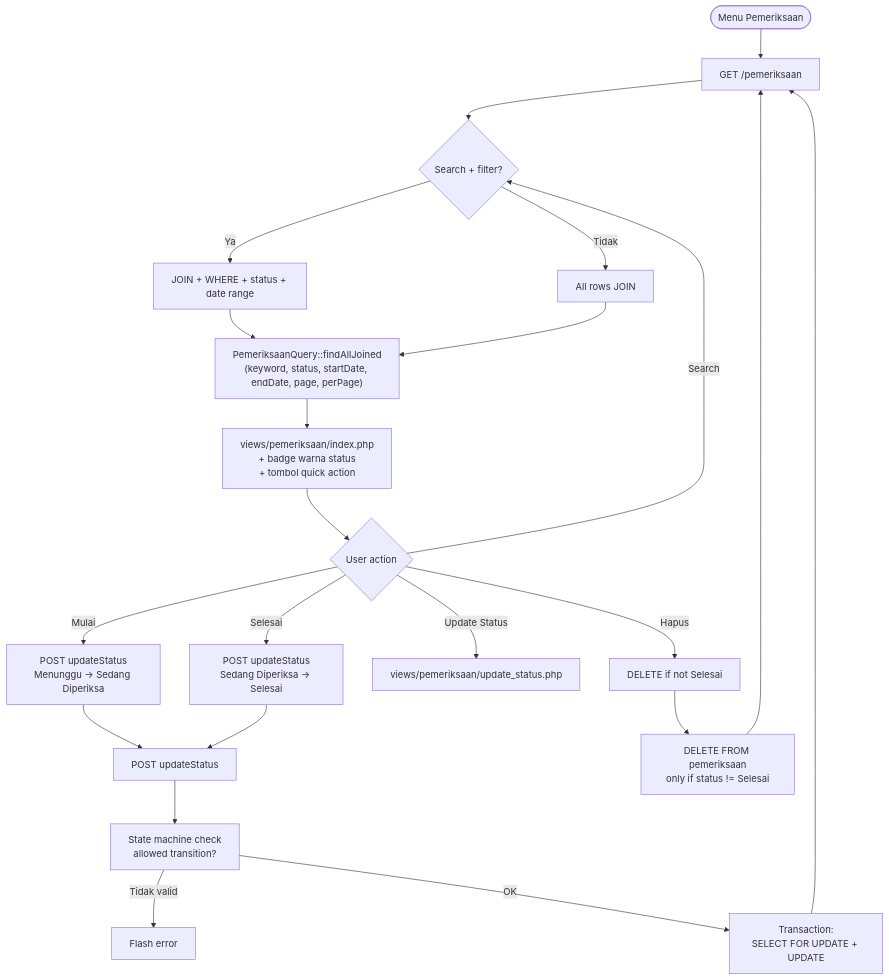
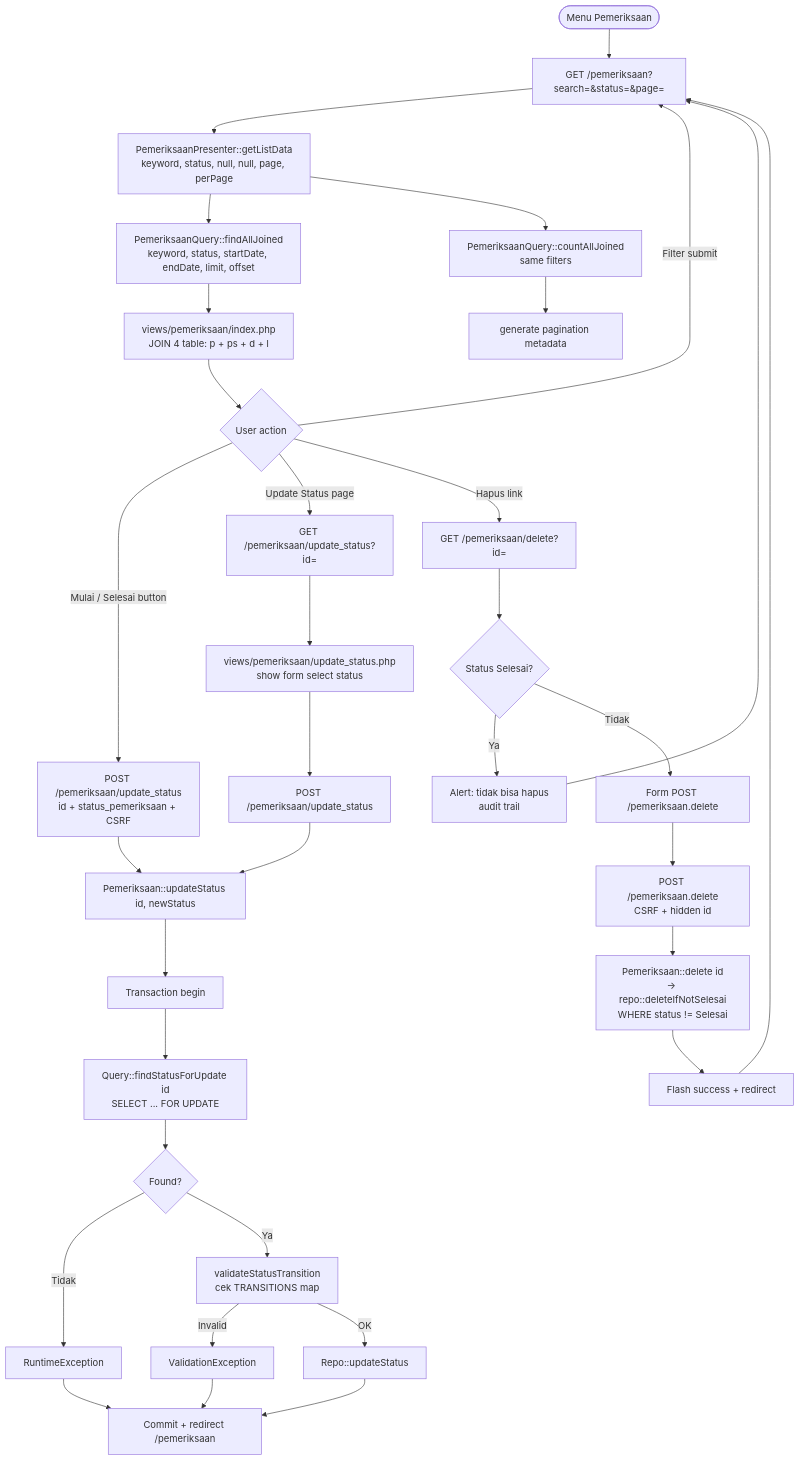
Before and after one commit to TudeOrangBiasa/silk-swarakarna-uas: the seventh of 13 diagrams in docs/business-logic.md, drawn with Mermaid. The commit also changed other lines of this file and 1 other file, not shown here.

First line of the commit message:
docs: full sync architecture + business-logic with codebase

````diff
--- a/docs/business-logic.md
+++ b/docs/business-logic.md
@@ -177,25 +211,40 @@
 ```mermaid
 flowchart TD
-    Start([Menu Pemeriksaan]) --> List[GET /pemeriksaan]
-    List --> Search{Search + filter?}
-    Search -->|Ya| Filter[JOIN + WHERE + status + date range]
-    Search -->|Tidak| All[All rows JOIN]
-    Filter --> P["PemeriksaanQuery::findAllJoined<br/>(keyword, status, startDate, endDate, page, perPage)"]
-    All --> P
-    P --> Render[views/pemeriksaan/index.php<br/>+ badge warna status<br/>+ tombol quick action]
+    Start([Menu Pemeriksaan]) --> List[GET /pemeriksaan?search=&status=&page=]
+    List --> GetList[PemeriksaanPresenter::getListData<br/>keyword, status, null, null, page, perPage]
+    GetList --> Q[PemeriksaanQuery::findAllJoined<br/>keyword, status, startDate, endDate, limit, offset]
+    GetList --> C[PemeriksaanQuery::countAllJoined<br/>same filters]
+    Q --> Render[views/pemeriksaan/index.php<br/>JOIN 4 table: p + ps + d + l]
+    C --> Pagination[generate pagination metadata]
     Render --> Action{User action}
 
-    Action -->|Mulai| Mulai[POST updateStatus<br/>Menunggu -> Sedang Diperiksa]
-    Action -->|Selesai| Selesai[POST updateStatus<br/>Sedang Diperiksa -> Selesai]
-    Action -->|Update Status| US[views/pemeriksaan/update_status.php]
-    Action -->|Hapus| Del[DELETE if not Selesai]
-    Action -->|Search| Search
+    Action -->|Filter submit| List
+    Action -->|Mulai / Selesai button| Quick[POST /pemeriksaan/update_status<br/>id + status_pemeriksaan + CSRF]
+    Action -->|Update Status page| USPage[GET /pemeriksaan/update_status?id=]
+    Action -->|Hapus link| DelConfirm[GET /pemeriksaan/delete?id=]
 
-    Mulai & Selesai --> USPost
-    USPost[POST updateStatus] --> USValidate[State machine check<br/>allowed transition?]
-    USValidate -->|Tidak valid| Err[Flash error]
-    USValidate -->|OK| USUpdate[Transaction:<br/>SELECT FOR UPDATE + UPDATE]
-    USUpdate --> List
-    Del --> DelExec[DELETE FROM pemeriksaan<br/>only if status != Selesai]
-    DelExec --> List
+    Quick --> Update[Pemeriksaan::updateStatus id, newStatus]
+    Update --> Txn[Transaction begin]
+    Txn --> Lock[Query::findStatusForUpdate id<br/>SELECT ... FOR UPDATE]
+    Lock --> Found{Found?}
+    Found -->|Tidak| NotFound[RuntimeException]
+    Found -->|Ya| Validate[validateStatusTransition<br/>cek TRANSITIONS map]
+    Validate -->|Invalid| VErr[ValidationException]
+    Validate -->|OK| Apply[Repo::updateStatus]
+    Apply --> Commit[Commit + redirect /pemeriksaan]
+    NotFound --> Commit
+    VErr --> Commit
+
+    USPage --> USView[views/pemeriksaan/update_status.php<br/>show form select status]
+    USView --> USSubmit[POST /pemeriksaan/update_status]
+    USSubmit --> Update
+
+    DelConfirm --> DelCheck{Status Selesai?}
+    DelCheck -->|Ya| DelBlock[Alert: tidak bisa hapus<br/>audit trail]
+    DelCheck -->|Tidak| DelForm[Form POST /pemeriksaan.delete]
+    DelBlock --> List
+    DelForm --> DelSubmit2[POST /pemeriksaan.delete<br/>CSRF + hidden id]
+    DelSubmit2 --> DelEnt[Pemeriksaan::delete id<br/>-> repo::deleteIfNotSelesai<br/>WHERE status != Selesai]
+    DelEnt --> Flash[Flash success + redirect]
+    Flash --> List
 ```
````
